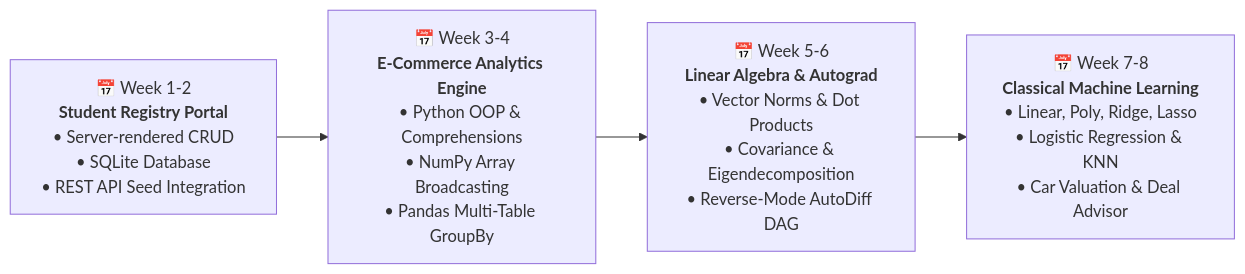
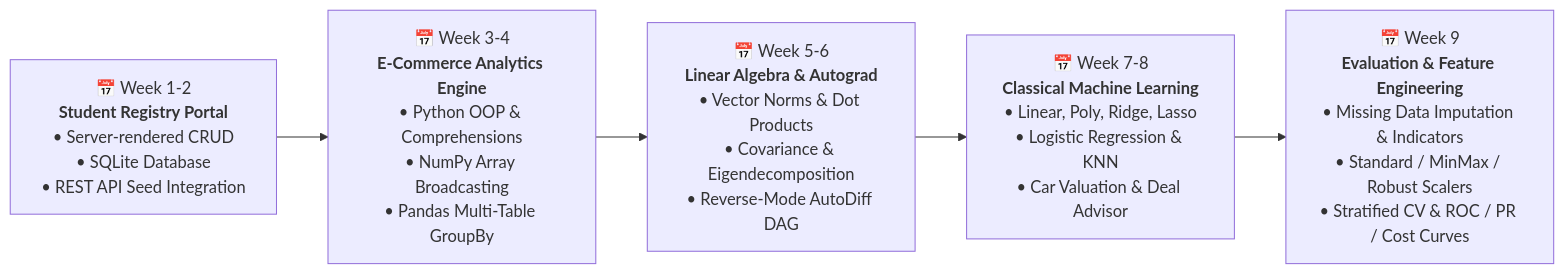
The diagram in README.md (dhanish0711/Hack-o-Week-Odd-Semester-Session-2026-2027), drawn with Mermaid before and after one commit. The commit also changed other lines of this file, not shown here.

Commit message:
docs: update root README with week 9 model evaluation and feature engineering curriculum

````diff
--- a/README.md
+++ b/README.md
@@ -25,7 +25,8 @@
 ```mermaid
 flowchart LR
     W1["📅 Week 1-2<br><b>Student Registry Portal</b><br>• Server-rendered CRUD<br>• SQLite Database<br>• REST API Seed Integration"]
     --> W3["📅 Week 3-4<br><b>E-Commerce Analytics Engine</b><br>• Python OOP & Comprehensions<br>• NumPy Array Broadcasting<br>• Pandas Multi-Table GroupBy"]
     --> W5["📅 Week 5-6<br><b>Linear Algebra & Autograd</b><br>• Vector Norms & Dot Products<br>• Covariance & Eigendecomposition<br>• Reverse-Mode AutoDiff DAG"]
     --> W7["📅 Week 7-8<br><b>Classical Machine Learning</b><br>• Linear, Poly, Ridge, Lasso<br>• Logistic Regression & KNN<br>• Car Valuation & Deal Advisor"]
+    --> W9["📅 Week 9<br><b>Evaluation & Feature Engineering</b><br>• Missing Data Imputation & Indicators<br>• Standard / MinMax / Robust Scalers<br>• Stratified CV & ROC / PR / Cost Curves"]
 ```
````
